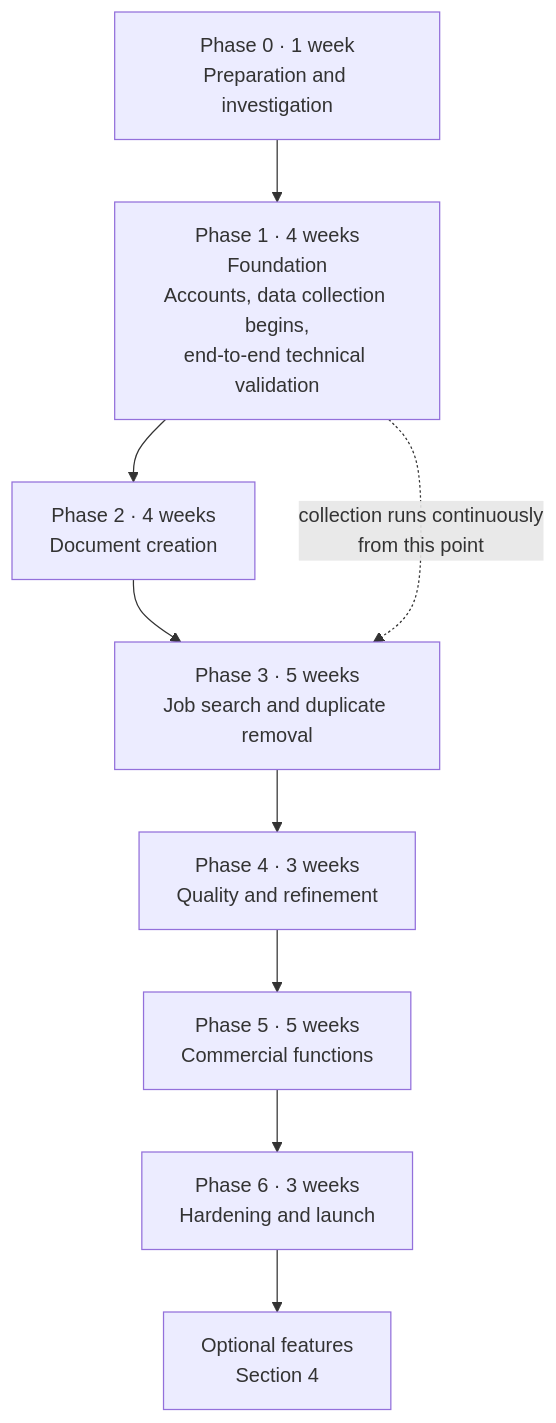
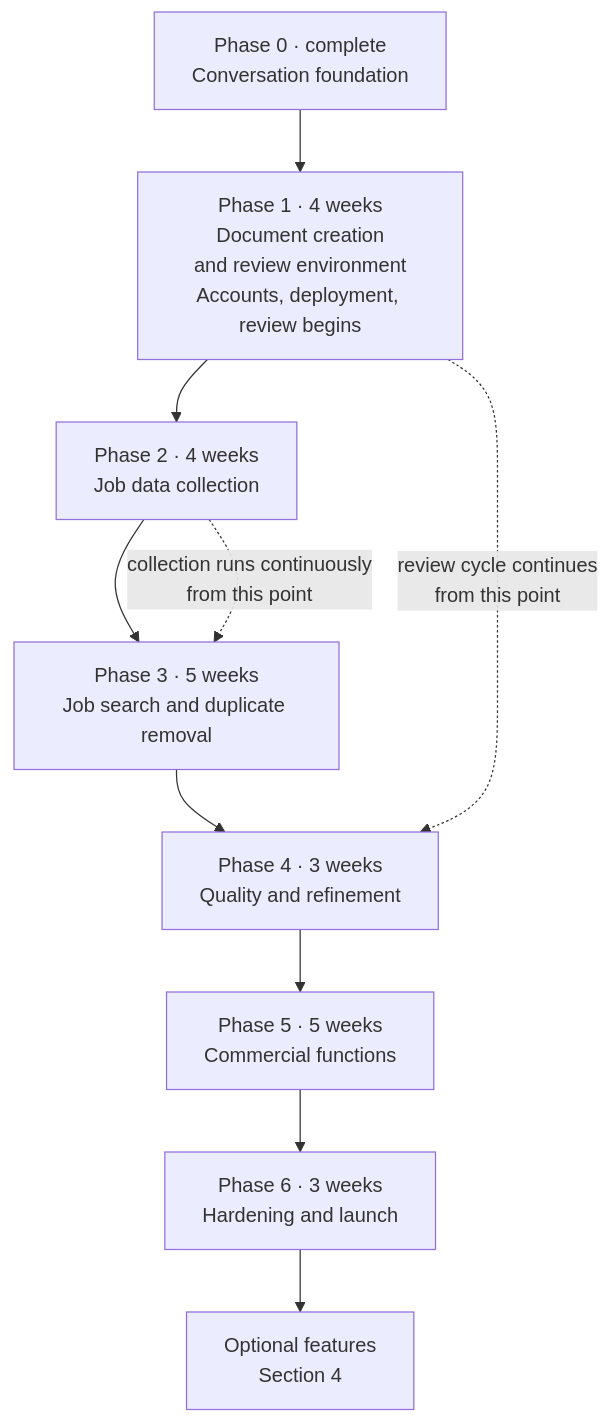
Before and after one commit to KashouMMT/llm-system: the fifth of 7 diagrams in documentation/markdown/en/Project_Schedule.md, drawn with Mermaid. The commit also changed other lines of this file and 36 other files, not shown here.

````diff
--- a/documentation/markdown/en/Project_Schedule.md
+++ b/documentation/markdown/en/Project_Schedule.md
@@ -370,13 +401,14 @@
 ```mermaid
 flowchart TD
-    P0["Phase 0 · 1 week<br/>Preparation and investigation"]
-    P1["Phase 1 · 4 weeks<br/>Foundation<br/>Accounts, data collection begins,<br/>end-to-end technical validation"]
-    P2["Phase 2 · 4 weeks<br/>Document creation"]
+    P0["Phase 0 · complete<br/>Conversation foundation"]
+    P1["Phase 1 · 4 weeks<br/>Document creation<br/>and review environment<br/>Accounts, deployment, review begins"]
+    P2["Phase 2 · 4 weeks<br/>Job data collection"]
     P3["Phase 3 · 5 weeks<br/>Job search and duplicate removal"]
     P4["Phase 4 · 3 weeks<br/>Quality and refinement"]
     P5["Phase 5 · 5 weeks<br/>Commercial functions"]
     P6["Phase 6 · 3 weeks<br/>Hardening and launch"]
     P0 --> P1 --> P2 --> P3 --> P4 --> P5 --> P6
-    P1 -. "collection runs continuously<br/>from this point" .-> P3
+    P1 -. "review cycle continues<br/>from this point" .-> P4
+    P2 -. "collection runs continuously<br/>from this point" .-> P3
     P6 --> OPT["Optional features<br/>Section 4"]
 ```
````
